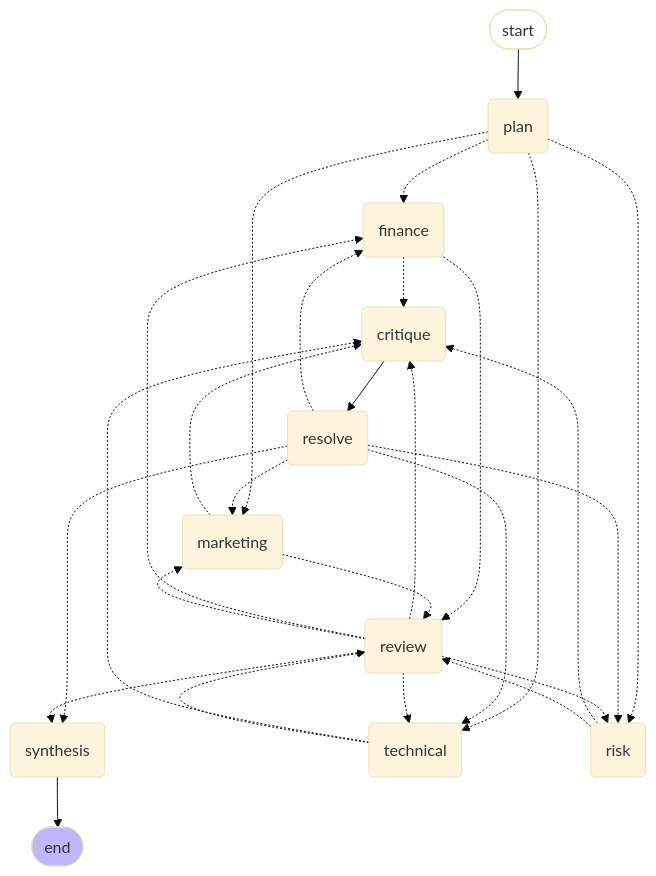
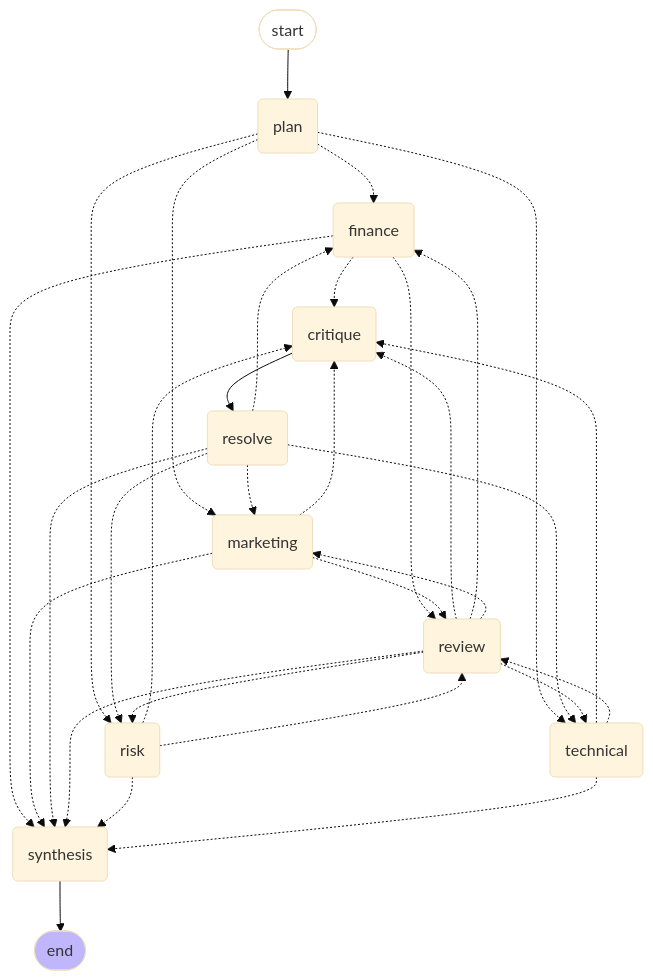
Before and after one commit to lakshmiGanesh009/ai-startup-cofounder: the diagram in docs/architecture.md, drawn with Mermaid (base theme). The commit also changed other lines of this file and 3 other files, not shown here.

````diff
--- a/docs/architecture.md
+++ b/docs/architecture.md
@@ -13,42 +13,46 @@
 ```mermaid
 graph TD;
 	__start__([start]):::first
 	plan(plan)
 	review(review)
 	critique(critique)
 	resolve(resolve)
 	synthesis(synthesis)
 	marketing(marketing)
 	finance(finance)
 	technical(technical)
 	risk(risk)
 	__end__([end]):::last
 	__start__ --> plan;
 	critique --> resolve;
 	finance -.-> critique;
 	finance -.-> review;
+	finance -.-> synthesis;
 	marketing -.-> critique;
 	marketing -.-> review;
+	marketing -.-> synthesis;
 	plan -.-> finance;
 	plan -.-> marketing;
 	plan -.-> risk;
 	plan -.-> technical;
 	resolve -.-> finance;
 	resolve -.-> marketing;
 	resolve -.-> risk;
 	resolve -.-> synthesis;
 	resolve -.-> technical;
 	review -.-> critique;
 	review -.-> finance;
 	review -.-> marketing;
 	review -.-> risk;
 	review -.-> synthesis;
 	review -.-> technical;
 	risk -.-> critique;
 	risk -.-> review;
+	risk -.-> synthesis;
 	technical -.-> critique;
 	technical -.-> review;
+	technical -.-> synthesis;
 	synthesis --> __end__;
 	classDef first fill-opacity:0
 	classDef last fill:#bfb6fc
 ```
````
